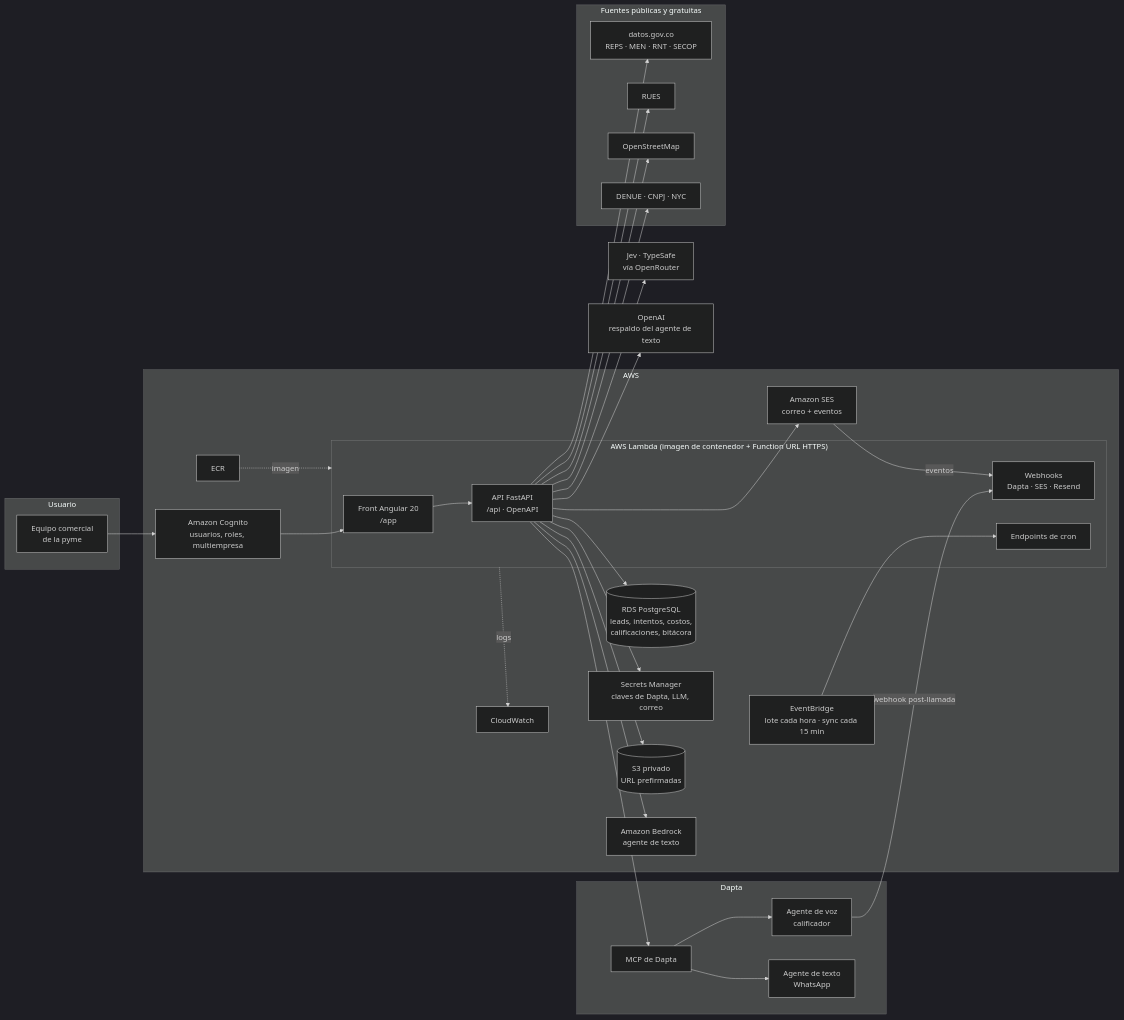
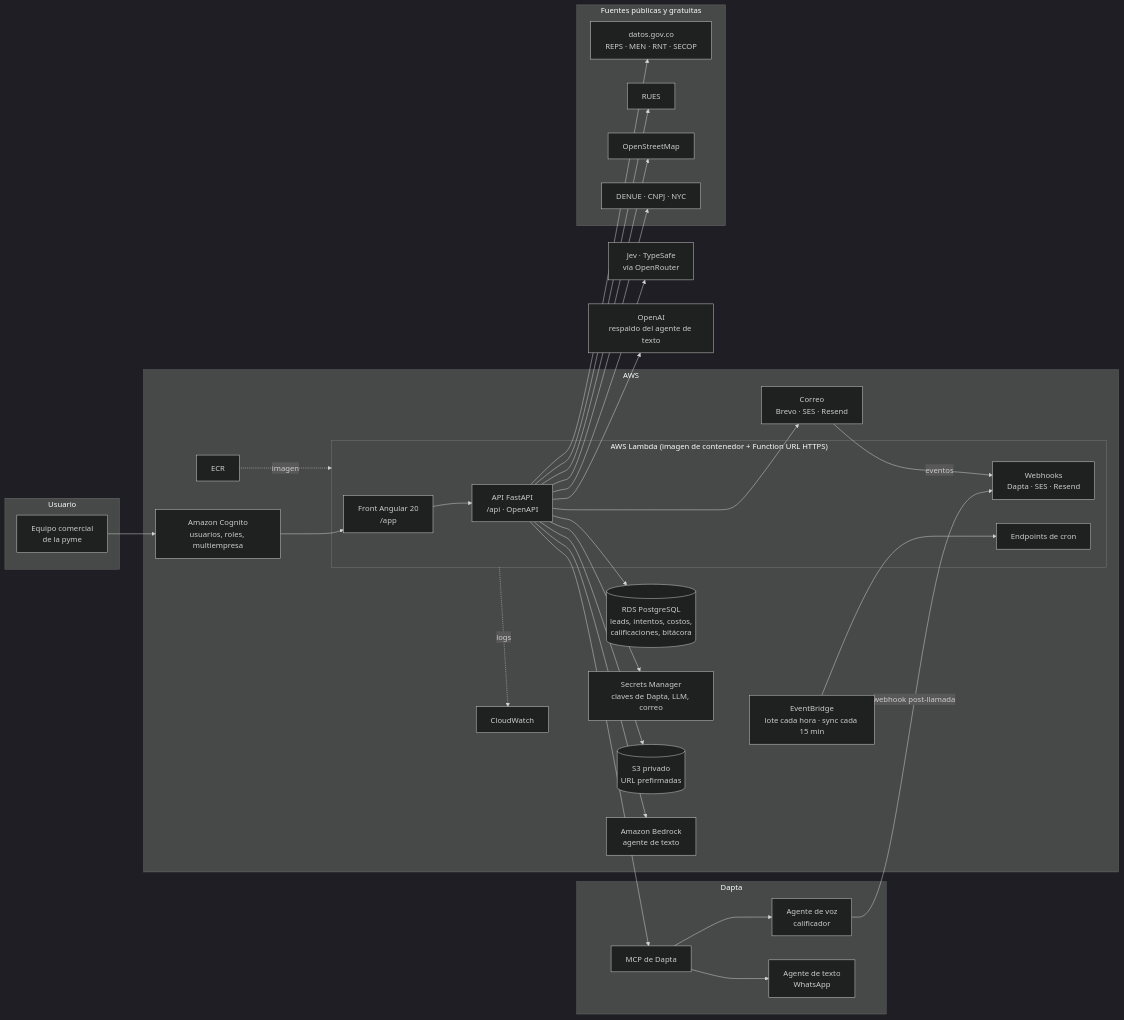
The diagram in README.md (PRestrepo2312/brujula), drawn with Mermaid (dark theme) before and after one commit. The commit also changed other lines of this file and 8 other files, not shown here.

Commit message:
README para el jurado: demo en vivo con URL y cuenta de jurado, modo prueba explicado, estructura del repositorio, capturas reales y lo que muestra el video; README del front propio; arquitectura.md apunta al diagrama

````diff
--- a/README.md
+++ b/README.md
@@ -74,58 +138,58 @@
 ```mermaid
 flowchart LR
   subgraph Usuario
     U[Equipo comercial<br/>de la pyme]
   end
 
   subgraph AWS
     COG[Amazon Cognito<br/>usuarios, roles, multiempresa]
     subgraph Lambda["AWS Lambda (imagen de contenedor + Function URL HTTPS)"]
       FE[Front Angular 20<br/>/app]
       API[API FastAPI<br/>/api · OpenAPI]
       WH[Webhooks<br/>Dapta · SES · Resend]
       CRON[Endpoints de cron]
     end
     RDS[(RDS PostgreSQL<br/>leads, intentos, costos,<br/>calificaciones, bitácora)]
     SM[Secrets Manager<br/>claves de Dapta, LLM, correo]
     S3[(S3 privado<br/>URL prefirmadas)]
     EB[EventBridge<br/>lote cada hora · sync cada 15 min]
-    SES[Amazon SES<br/>correo + eventos]
+    SES[Correo<br/>Brevo · SES · Resend]
     BR[Amazon Bedrock<br/>agente de texto]
     ECR[ECR]
     CW[CloudWatch]
   end
 
   subgraph Dapta
     MCP[MCP de Dapta]
     VOZ[Agente de voz<br/>calificador]
     TXT[Agente de texto<br/>WhatsApp]
   end
 
   subgraph Fuentes["Fuentes públicas y gratuitas"]
     DG[datos.gov.co<br/>REPS · MEN · RNT · SECOP]
     RUES[RUES]
     OSM[OpenStreetMap]
     INT[DENUE · CNPJ · NYC]
   end
 
   JEV[Jev · TypeSafe<br/>vía OpenRouter]
   OAI[OpenAI<br/>respaldo del agente de texto]
 
   U --> COG --> FE --> API
   API --> RDS
   API --> S3
   API --> SM
   API --> BR
   API --> JEV
   API --> OAI
   API --> SES
   API --> MCP
   MCP --> VOZ
   MCP --> TXT
   VOZ -- webhook post-llamada --> WH
   SES -- eventos --> WH
   EB --> CRON
   API --> DG & RUES & OSM & INT
   ECR -. imagen .-> Lambda
   Lambda -. logs .-> CW
 ```
````
